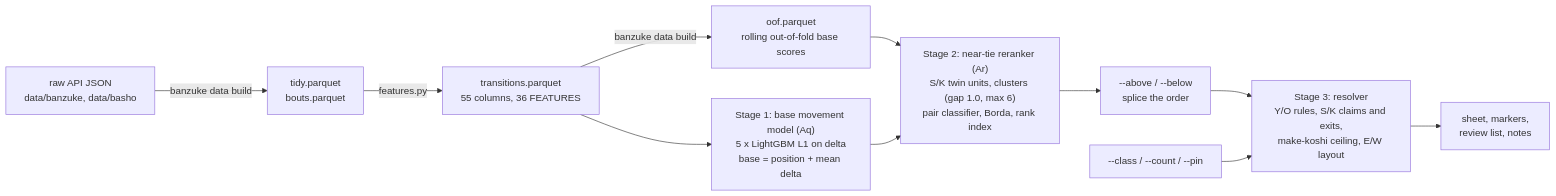
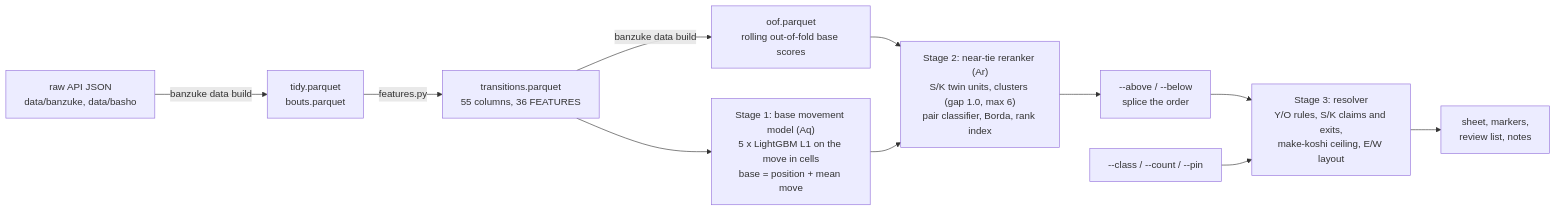
The first of 3 diagrams in docs/MODEL.md (cheeseandcereal/sumo-banzuke-predictor), drawn with Mermaid before and after one commit. The commit also changed other lines of this file and 11 other files, not shown here.

First line of the commit message:
refactor(features)!: delta and move in ranks, positive = a rise

````diff
--- a/docs/MODEL.md
+++ b/docs/MODEL.md
@@ -57,13 +62,13 @@
 ```mermaid
 flowchart LR
     raw["raw API JSON<br/>data/banzuke, data/basho"] -->|"banzuke data build"| tidy["tidy.parquet<br/>bouts.parquet"]
     tidy -->|"features.py"| trans["transitions.parquet<br/>55 columns, 36 FEATURES"]
     trans -->|"banzuke data build"| oof["oof.parquet<br/>rolling out-of-fold base scores"]
-    trans --> base["Stage 1: base movement model (Aq)<br/>5 x LightGBM L1 on delta<br/>base = position + mean delta"]
+    trans --> base["Stage 1: base movement model (Aq)<br/>5 x LightGBM L1 on the move in cells<br/>base = position + mean move"]
     oof --> rerank
     base --> rerank["Stage 2: near-tie reranker (Ar)<br/>S/K twin units, clusters (gap 1.0, max 6)<br/>pair classifier, Borda, rank index"]
     rerank --> splice["--above / --below<br/>splice the order"]
     splice --> resolver["Stage 3: resolver<br/>Y/O rules, S/K claims and exits,<br/>make-koshi ceiling, E/W layout"]
     structural["--class / --count / --pin"] --> resolver
     resolver --> out["sheet, markers,<br/>review list, notes"]
 ```
````
